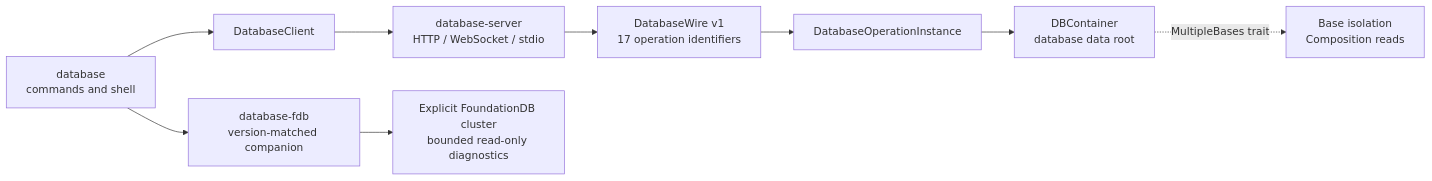
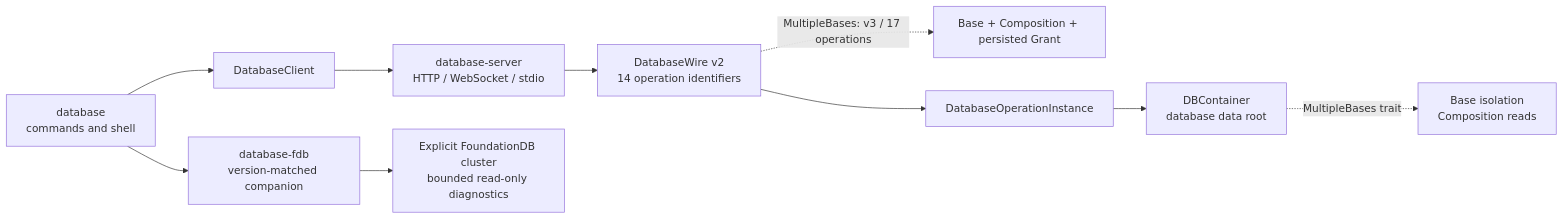
One commit to 1amageek/database-cli changed the diagram in README.md. Above: the diagram before and after it, drawn with Mermaid. The commit also changed other lines of this file and 33 other files, not shown here.

````diff
--- a/README.md
+++ b/README.md
@@ -10,12 +10,13 @@
 ```mermaid
 flowchart LR
     CLI["database<br/>commands and shell"] --> Client["DatabaseClient"]
     Client --> Host["database-server<br/>HTTP / WebSocket / stdio"]
-    Host --> Wire["DatabaseWire v1<br/>17 operation identifiers"]
+    Host --> Wire["DatabaseWire v2<br/>14 operation identifiers"]
+    Wire -. "MultipleBases: v3 / 17 operations" .-> Optional["Base + Composition + persisted Grant"]
     Wire --> Runtime["DatabaseOperationInstance"]
     Runtime --> Container["DBContainer<br/>database data root"]
     Container -. "MultipleBases trait" .-> Bases["Base isolation<br/>Composition reads"]
 
     CLI --> Helper["database-fdb<br/>version-matched companion"]
     Helper --> FDB["Explicit FoundationDB cluster<br/>bounded read-only diagnostics"]
 ```
````
